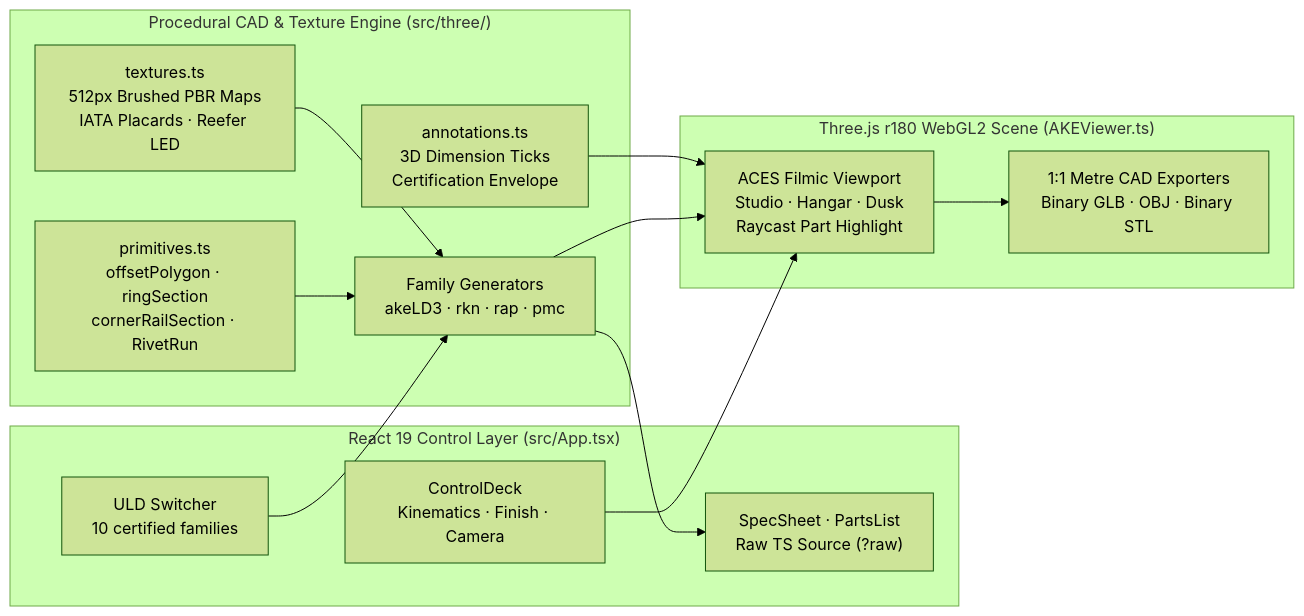
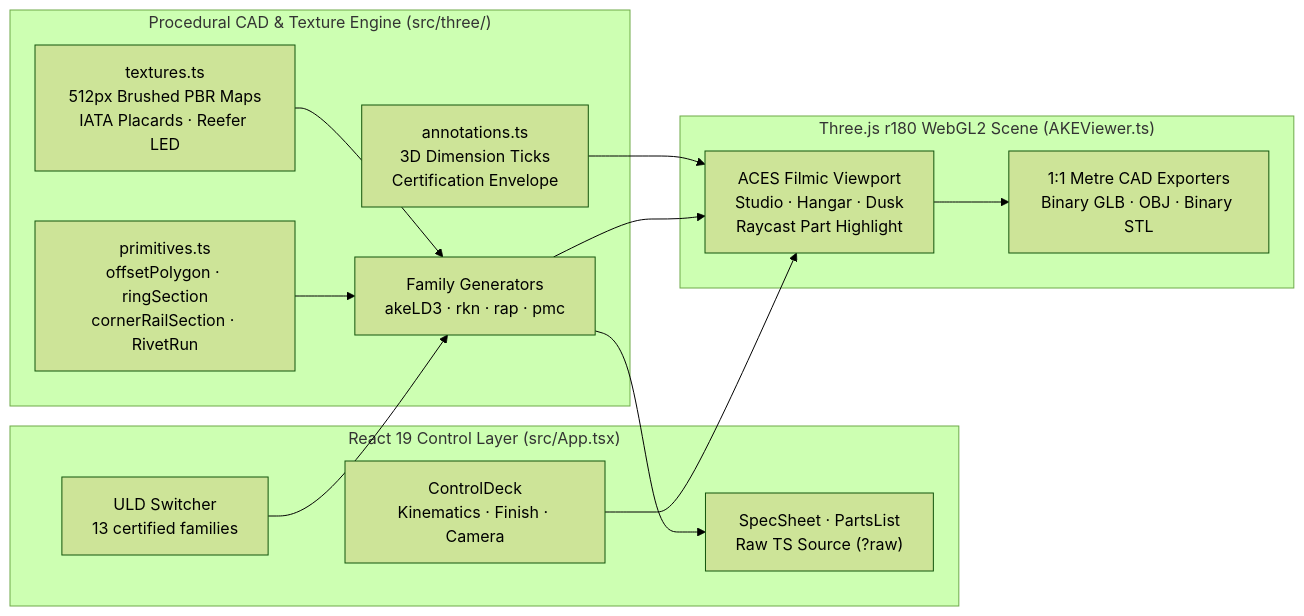
One commit to YASLOGIST/3D-Containers changed the diagram in README.md. Above: the diagram before and after it, drawn with Mermaid (forest theme). The commit also changed other lines of this file and 11 other files, not shown here.

````diff
--- a/README.md
+++ b/README.md
@@ -169,29 +190,29 @@
 ```mermaid
 flowchart LR
   subgraph UI["React 19 Control Layer (src/App.tsx)"]
-    Switch["ULD Switcher\n10 certified families"]
+    Switch["ULD Switcher\n13 certified families"]
     Deck["ControlDeck\nKinematics · Finish · Camera"]
     Inspector["SpecSheet · PartsList\nRaw TS Source (?raw)"]
   end
 
   subgraph Kernel["Procedural CAD & Texture Engine (src/three/)"]
     Prim["primitives.ts\noffsetPolygon · ringSection\ncornerRailSection · RivetRun"]
     Gen["Family Generators\nakeLD3 · rkn · rap · pmc"]
     Tex["textures.ts\n512px Brushed PBR Maps\nIATA Placards · Reefer LED"]
     Ann["annotations.ts\n3D Dimension Ticks\nCertification Envelope"]
   end
 
   subgraph Runtime["Three.js r180 WebGL2 Scene (AKEViewer.ts)"]
     Scene["ACES Filmic Viewport\nStudio · Hangar · Dusk\nRaycast Part Highlight"]
     Export["1:1 Metre CAD Exporters\nBinary GLB · OBJ · Binary STL"]
   end
 
   Switch --> Gen
   Deck --> Scene
   Prim --> Gen
   Tex --> Gen
   Gen --> Scene
   Ann --> Scene
   Gen --> Inspector
   Scene --> Export
 ```
````
